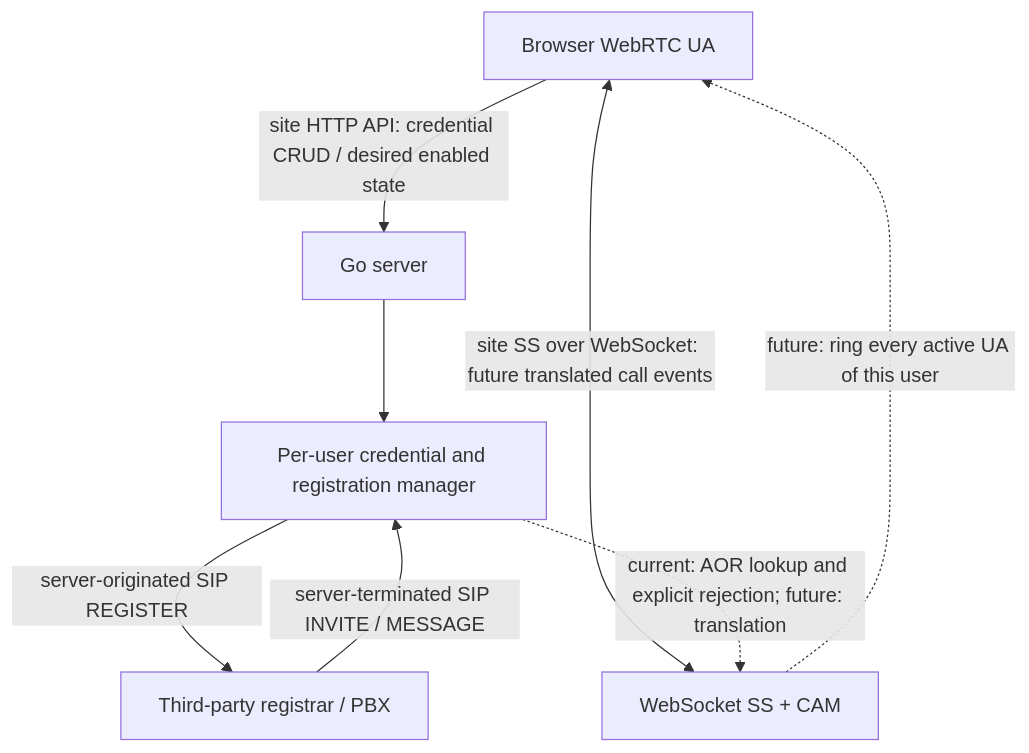
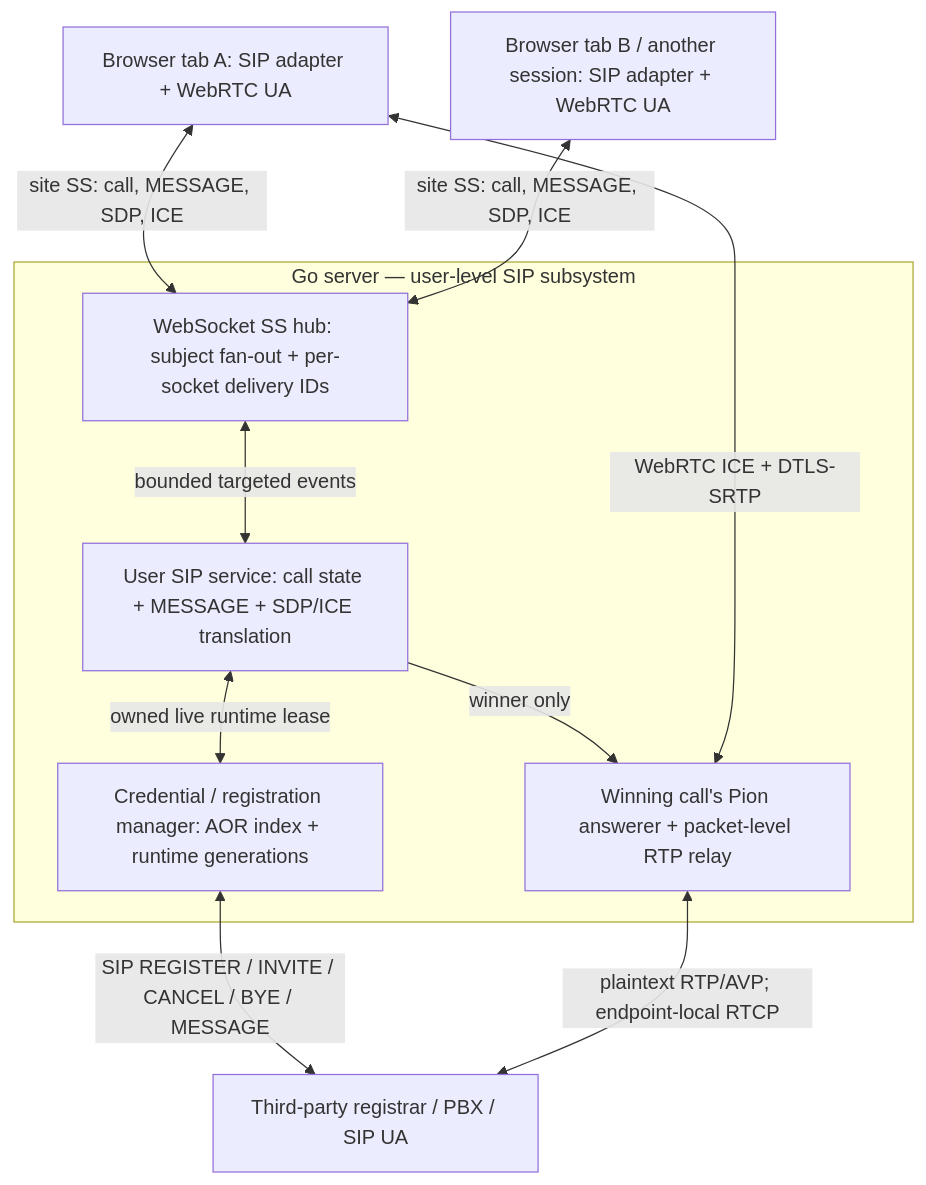
The first of 2 diagrams in docs/user-sip-subsystem.md (cmpxchg16b-nop/personal-site), drawn with Mermaid before and after one commit. The commit also changed other lines of this file and 43 other files, not shown here.

Commit message:
feat: add user SIP calls and messages

````diff
--- a/docs/user-sip-subsystem.md
+++ b/docs/user-sip-subsystem.md
@@ -18,10 +22,23 @@
 ```mermaid
 graph TD
-    B["Browser WebRTC UA"] -->|"site HTTP API: credential CRUD / desired enabled state"| G["Go server"]
-    B <-->|"site SS over WebSocket: future translated call events"| SS["WebSocket SS + CAM"]
-    G --> M["Per-user credential and registration manager"]
-    M -->|"server-originated SIP REGISTER"| P["Third-party registrar / PBX"]
-    P -->|"server-terminated SIP INVITE / MESSAGE"| M
-    M -. "current: AOR lookup and explicit rejection; future: translation" .-> SS
-    SS -. "future: ring every active UA of this user" .-> B
+    B1["Browser tab A: SIP adapter + WebRTC UA"]
+    B2["Browser tab B / another session: SIP adapter + WebRTC UA"]
+
+    subgraph SITE["Go server — user-level SIP subsystem"]
+        HUB["WebSocket SS hub: subject fan-out + per-socket delivery IDs"]
+        SVC["User SIP service: call state + MESSAGE + SDP/ICE translation"]
+        MGR["Credential / registration manager: AOR index + runtime generations"]
+        RTC["Winning call's Pion answerer + packet-level RTP relay"]
+        HUB <-->|"bounded targeted events"| SVC
+        SVC <-->|"owned live runtime lease"| MGR
+        SVC -->|"winner only"| RTC
+    end
+
+    PBX["Third-party registrar / PBX / SIP UA"]
+
+    B1 <-->|"site SS: call, MESSAGE, SDP, ICE"| HUB
+    B2 <-->|"site SS: call, MESSAGE, SDP, ICE"| HUB
+    MGR <-->|"SIP REGISTER / INVITE / CANCEL / BYE / MESSAGE"| PBX
+    B1 <-->|"WebRTC ICE + DTLS-SRTP"| RTC
+    RTC <-->|"plaintext RTP/AVP; endpoint-local RTCP"| PBX
 ```
````
